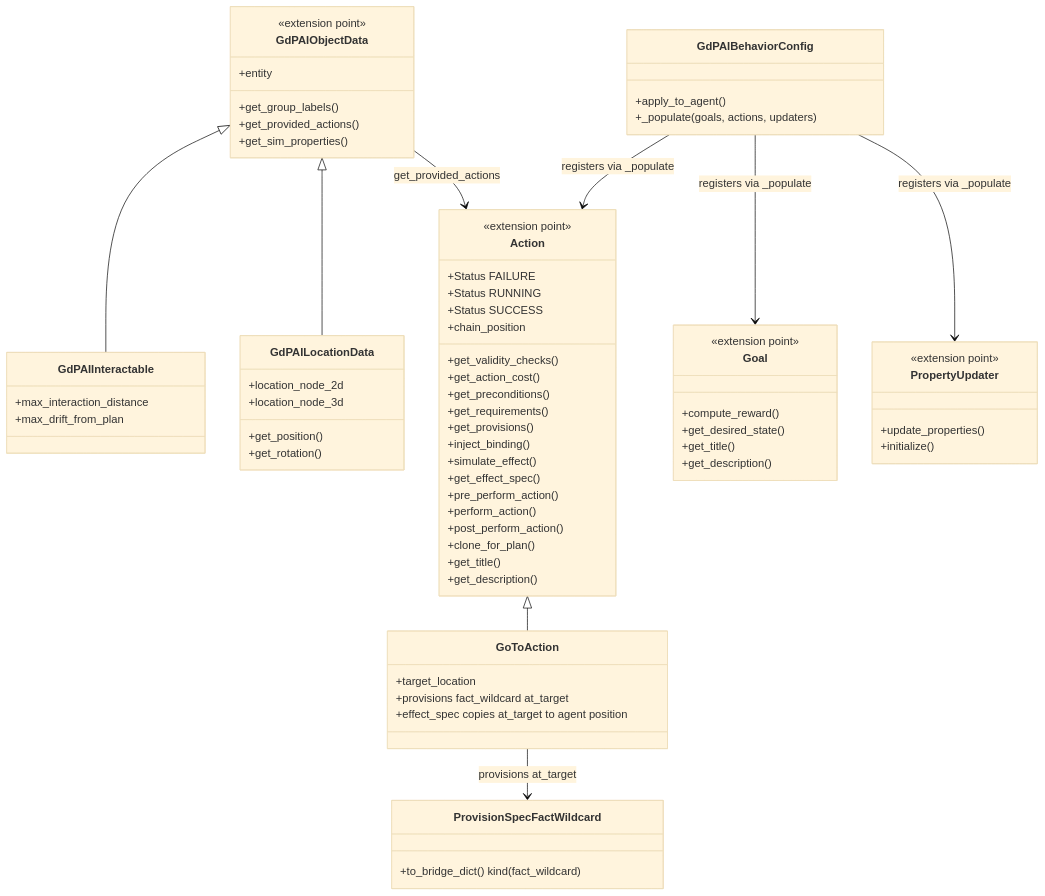
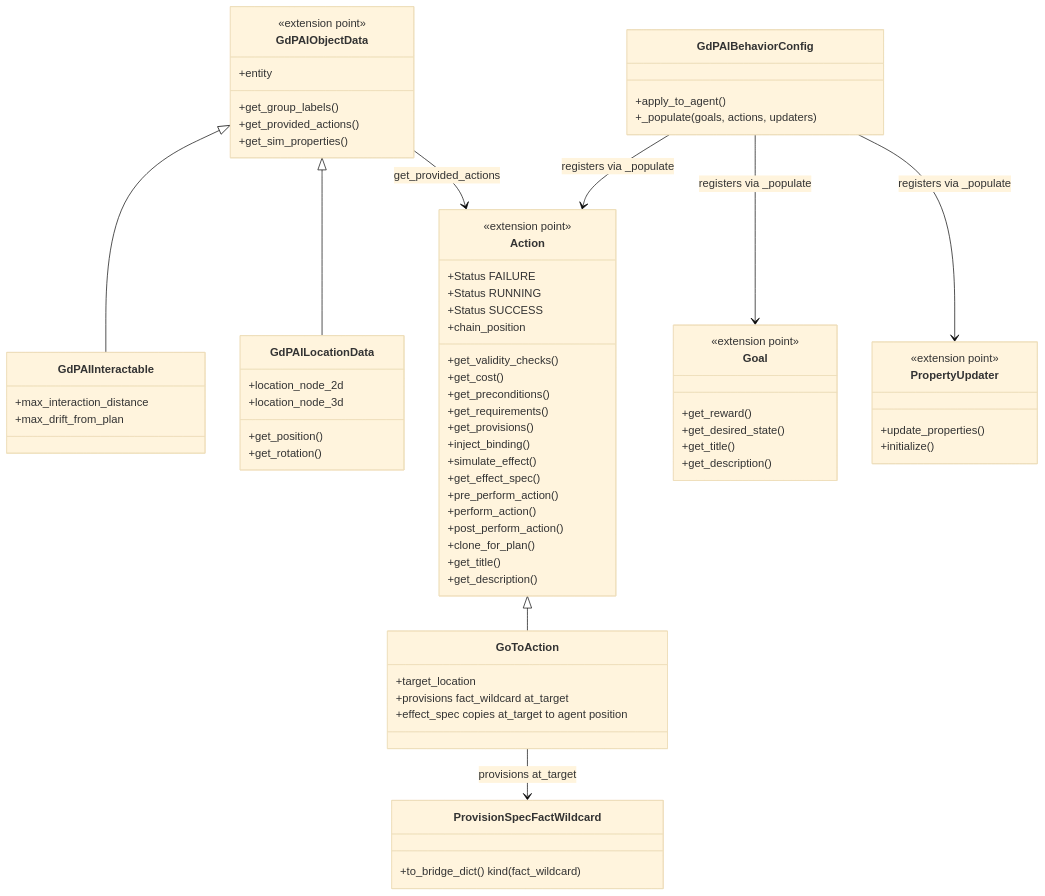
The third of 4 diagrams in docs/ARCHITECTURE.md (WahahaYes/GdPlanningAI), drawn with Mermaid (base theme) before and after one commit. The commit also changed 31 other files, not shown here.

Commit message:
name the cost and reward hooks get_cost and get_reward

````diff
--- a/docs/ARCHITECTURE.md
+++ b/docs/ARCHITECTURE.md
@@ -81,74 +81,74 @@
 ```mermaid
 classDiagram
     GdPAIObjectData <|-- GdPAIInteractable
     GdPAIObjectData <|-- GdPAILocationData
     Action <|-- GoToAction
     GdPAIObjectData --> Action : get_provided_actions
     GdPAIBehaviorConfig --> Action : registers via _populate
     GdPAIBehaviorConfig --> Goal : registers via _populate
     GdPAIBehaviorConfig --> PropertyUpdater : registers via _populate
     GoToAction --> ProvisionSpecFactWildcard : provisions at_target
 
     class GdPAIObjectData {
         <<extension point>>
         +entity
         +get_group_labels()
         +get_provided_actions()
         +get_sim_properties()
     }
     class GdPAIInteractable {
         +max_interaction_distance
         +max_drift_from_plan
     }
     class GdPAILocationData {
         +location_node_2d
         +location_node_3d
         +get_position()
         +get_rotation()
     }
     class Action {
         <<extension point>>
         +Status FAILURE
         +Status RUNNING
         +Status SUCCESS
         +chain_position
         +get_validity_checks()
-        +get_action_cost()
+        +get_cost()
         +get_preconditions()
         +get_requirements()
         +get_provisions()
         +inject_binding()
         +simulate_effect()
         +get_effect_spec()
         +pre_perform_action()
         +perform_action()
         +post_perform_action()
         +clone_for_plan()
         +get_title()
         +get_description()
     }
     class GoToAction {
         +target_location
         +provisions fact_wildcard at_target
         +effect_spec copies at_target to agent position
     }
     class Goal {
         <<extension point>>
-        +compute_reward()
+        +get_reward()
         +get_desired_state()
         +get_title()
         +get_description()
     }
     class PropertyUpdater {
         <<extension point>>
         +update_properties()
         +initialize()
     }
     class GdPAIBehaviorConfig {
         +apply_to_agent()
         +_populate(goals, actions, updaters)
     }
     class ProvisionSpecFactWildcard {
         +to_bridge_dict() kind (fact_wildcard)
     }
 ```
````
